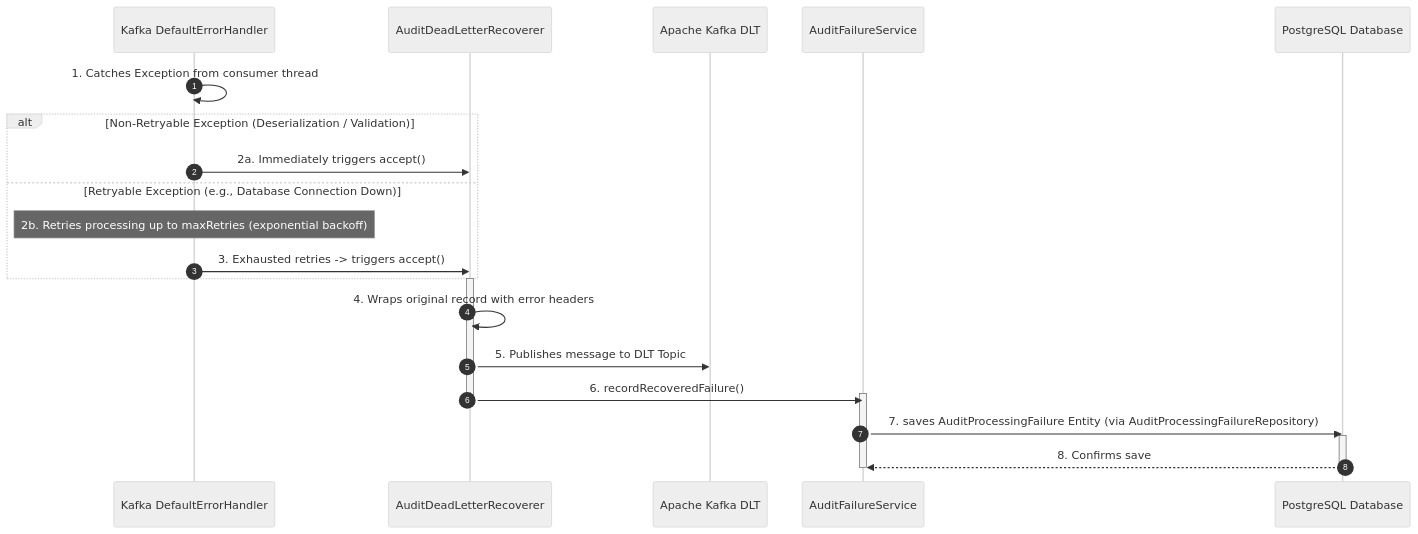
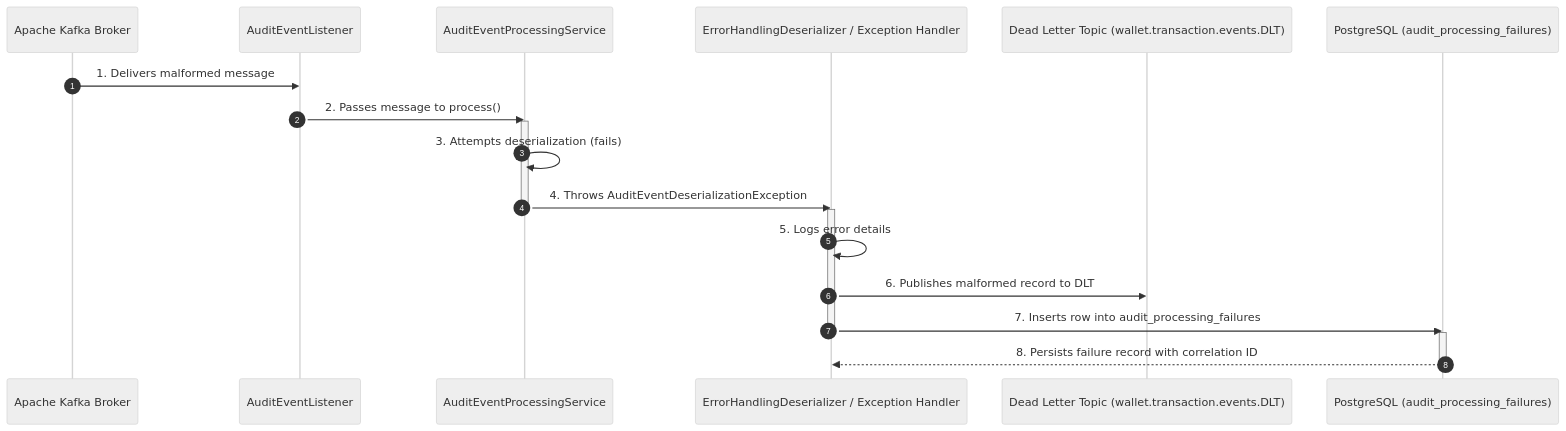
One commit to only1isthereyatharth/Flash-Wallet changed the second of 2 diagrams in flash-wallet/audit-worker-summary.md. Above: the diagram before and after it, drawn with Mermaid (neutral theme). The commit also changed other lines of this file and 3 other files, not shown here.

````diff
--- a/flash-wallet/audit-worker-summary.md
+++ b/flash-wallet/audit-worker-summary.md
@@ -63,30 +49,28 @@
 ```mermaid
 sequenceDiagram
     autonumber
-    participant Handler as Kafka DefaultErrorHandler
-    participant DLTRecoverer as AuditDeadLetterRecoverer
-    participant Kafka as Apache Kafka DLT
-    participant FailService as AuditFailureService
-    participant DB as PostgreSQL Database
+    participant Kafka as Apache Kafka Broker
+    participant Listener as AuditEventListener
+    participant Processor as AuditEventProcessingService
+    participant ErrorHandler as ErrorHandlingDeserializer / Exception Handler
+    participant DLT as Dead Letter Topic (wallet.transaction.events.DLT)
+    participant DB as PostgreSQL (audit_processing_failures)
     
-    Handler->>Handler: 1. Catches Exception from consumer thread
-    alt Non-Retryable Exception (Deserialization / Validation)
-        Handler->>DLTRecoverer: 2a. Immediately triggers accept()
-    else Retryable Exception (e.g., Database Connection Down)
-        note over Handler: 2b. Retries processing up to maxRetries (exponential backoff)
-        Handler->>DLTRecoverer: 3. Exhausted retries -> triggers accept()
-    end
+    Kafka->>Listener: 1. Delivers malformed message
+    activate Listener
+    Listener->>Processor: 2. Passes message to process()
+    activate Processor
     
-    activate DLTRecoverer
-    DLTRecoverer->>DLTRecoverer: 4. Wraps original record with error headers
-    DLTRecoverer->>Kafka: 5. Publishes message to DLT Topic
-    DLTRecoverer->>FailService: 6. recordRecoveredFailure()
-    activate FailService
-    deactivate DLTRecoverer
+    Processor->>Processor: 3. Attempts deserialization (fails)
+    Processor->>ErrorHandler: 4. Throws AuditEventDeserializationException
+    deactivate Processor
     
-    FailService->>DB: 7. saves AuditProcessingFailure Entity (via AuditProcessingFailureRepository)
+    activate ErrorHandler
+    ErrorHandler->>ErrorHandler: 5. Logs error details
+    ErrorHandler->>DLT: 6. Publishes malformed record to DLT
+    ErrorHandler->>DB: 7. Inserts row into audit_processing_failures
+    deactivate ErrorHandler
     activate DB
-    DB-->>FailService: 8. Confirms save
+    DB-->>ErrorHandler: 8. Persists failure record with correlation ID
     deactivate DB
-    deactivate FailService
 ```
````
